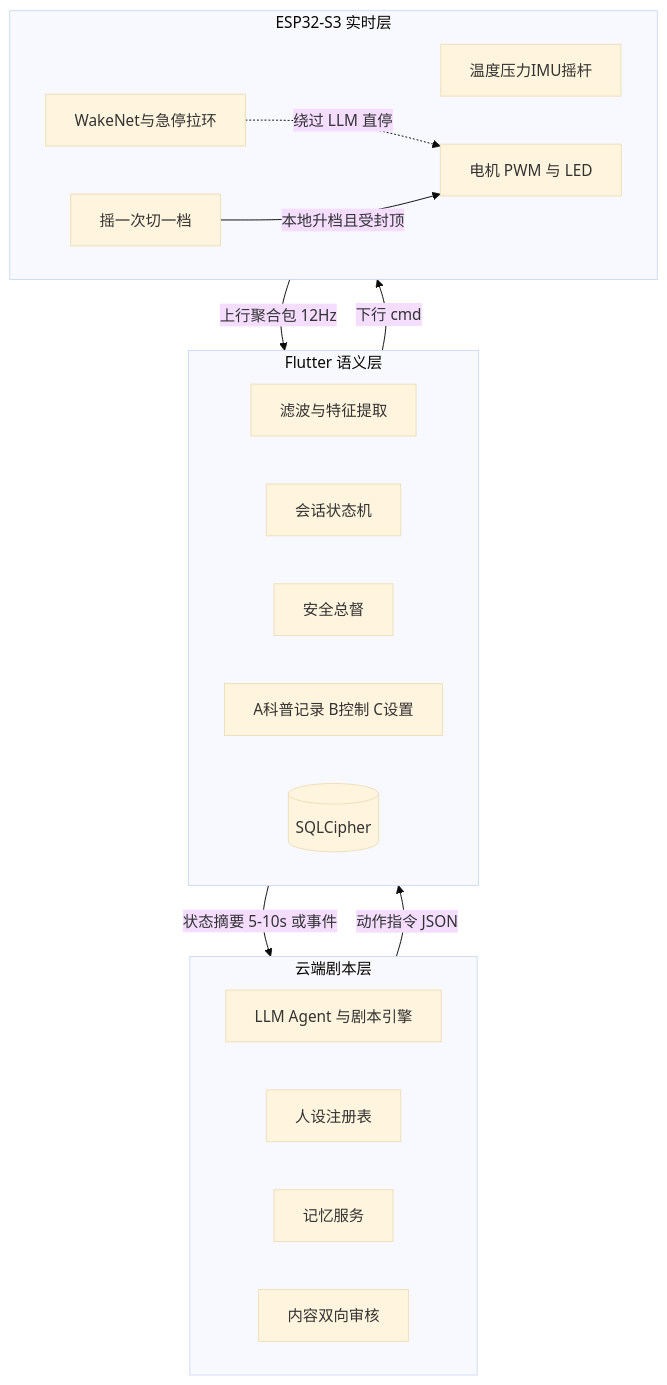
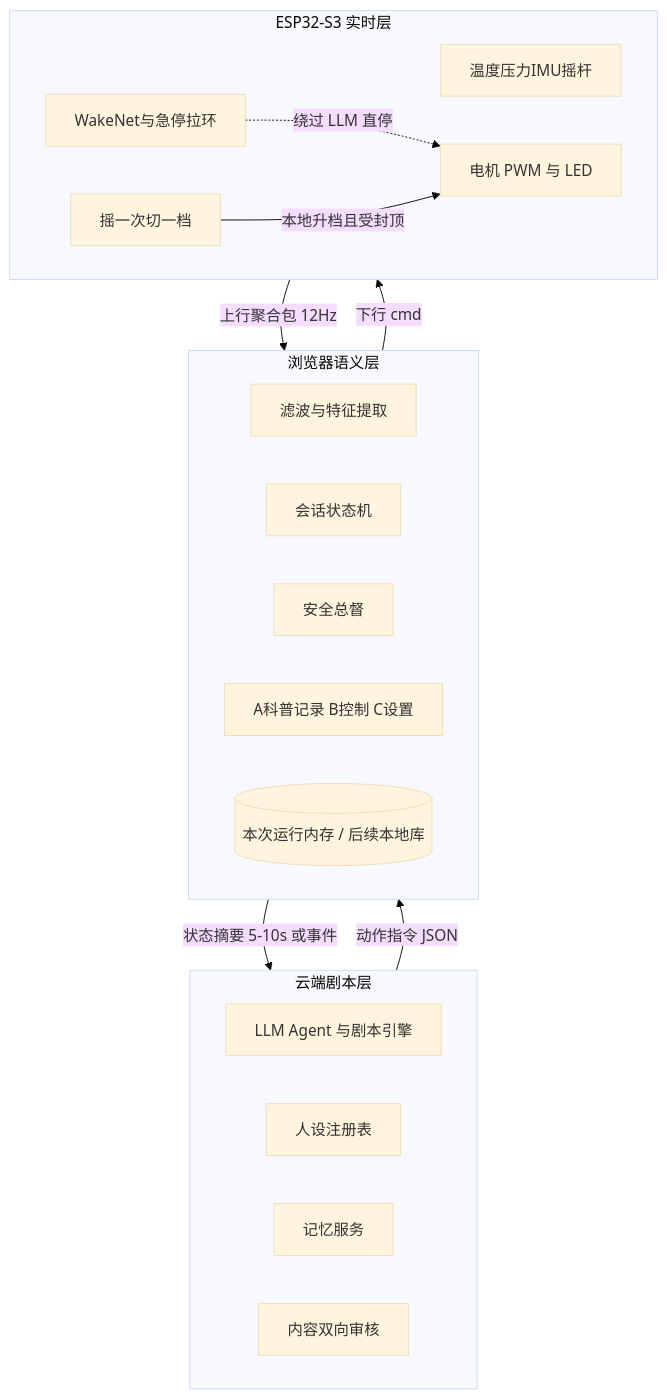
The first of 3 diagrams in docs/architecture/产品架构.md (Binomial-distribution/nascent), drawn with Mermaid (base theme) before and after one commit. The commit also changed other lines of this file and 54 other files, not shown here.

````diff
--- a/docs/architecture/产品架构.md
+++ b/docs/architecture/产品架构.md
@@ -65,28 +65,28 @@
 ```mermaid
 flowchart TB
   subgraph C[云端剧本层]
     LLM[LLM Agent 与剧本引擎]
     PR[人设注册表]
     MEM[记忆服务]
     AUD[内容双向审核]
   end
-  subgraph A[Flutter 语义层]
+  subgraph A[浏览器语义层]
     FEAT[滤波与特征提取]
     FSM[会话状态机]
     GOV[安全总督]
     UI[A科普记录 B控制 C设置]
-    DB[(SQLCipher)]
+    DB[(本次运行内存 / 后续本地库)]
   end
   subgraph D[ESP32-S3 实时层]
     SEN[温度压力IMU摇杆]
     WN[WakeNet与急停拉环]
     JOY[摇一次切一档]
     ACT[电机 PWM 与 LED]
   end
   C -->|动作指令 JSON| A
   A -->|状态摘要 5-10s 或事件| C
   A -->|下行 cmd| D
   D -->|上行聚合包 12Hz| A
   WN -.->|绕过 LLM 直停| ACT
   JOY -->|本地升档且受封顶| ACT
 ```
````
